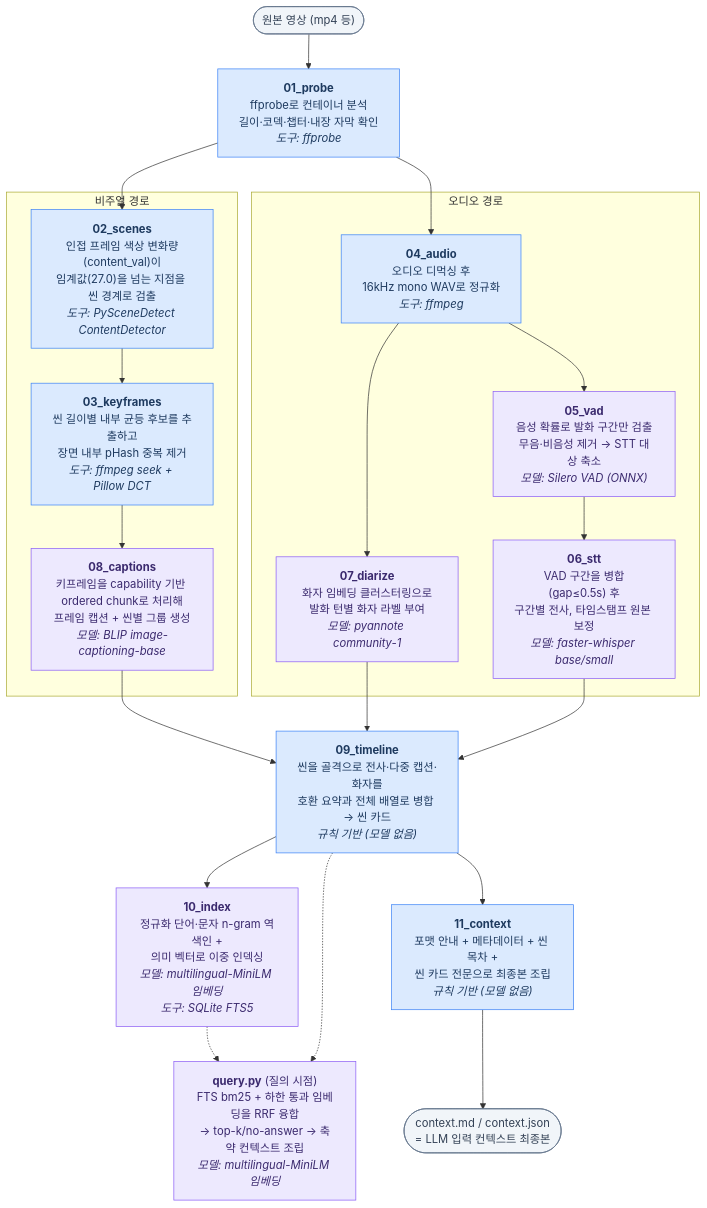
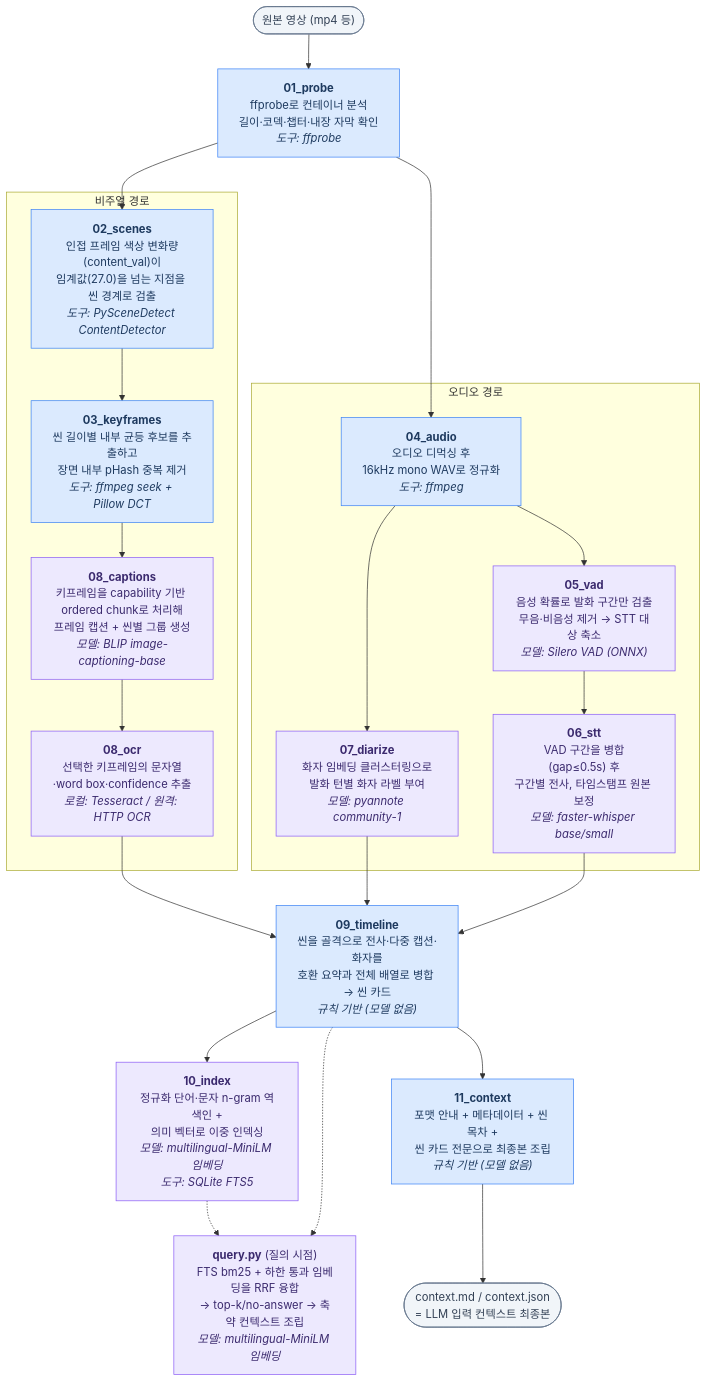
Before and after one commit to haesookimDev/video-preprocess: the diagram in docs/05-pipeline.md, drawn with Mermaid. The commit also changed other lines of this file and 8 other files, not shown here.

First line of the commit message:
docs: document optional OCR architecture

````diff
--- a/docs/05-pipeline.md
+++ b/docs/05-pipeline.md
@@ -6,51 +6,52 @@
 ```mermaid
 flowchart TD
     V(["원본 영상 (mp4 등)"]) --> S01
 
     S01["<b>01_probe</b><br/>ffprobe로 컨테이너 분석<br/>길이·코덱·챕터·내장 자막 확인<br/><i>도구: ffprobe</i>"]
 
     S01 --> S02
     S01 --> S04
 
     subgraph VIDEO ["비주얼 경로"]
         S02["<b>02_scenes</b><br/>인접 프레임 색상 변화량(content_val)이<br/>임계값(27.0)을 넘는 지점을 씬 경계로 검출<br/><i>도구: PySceneDetect ContentDetector</i>"]
         S03["<b>03_keyframes</b><br/>씬 길이별 내부 균등 후보를 추출하고<br/>장면 내부 pHash 중복 제거<br/><i>도구: ffmpeg seek + Pillow DCT</i>"]
         S08["<b>08_captions</b><br/>키프레임을 capability 기반 ordered chunk로 처리해<br/>프레임 캡션 + 씬별 그룹 생성<br/><i>모델: BLIP image-captioning-base</i>"]
-        S02 --> S03 --> S08
+        S08O["<b>08_ocr</b><br/>선택한 키프레임의 문자열·word box·confidence 추출<br/><i>로컬: Tesseract / 원격: HTTP OCR</i>"]
+        S02 --> S03 --> S08 --> S08O
     end
 
     subgraph AUDIO ["오디오 경로"]
         S04["<b>04_audio</b><br/>오디오 디먹싱 후<br/>16kHz mono WAV로 정규화<br/><i>도구: ffmpeg</i>"]
         S05["<b>05_vad</b><br/>음성 확률로 발화 구간만 검출<br/>무음·비음성 제거 → STT 대상 축소<br/><i>모델: Silero VAD (ONNX)</i>"]
         S06["<b>06_stt</b><br/>VAD 구간을 병합(gap≤0.5s) 후<br/>구간별 전사, 타임스탬프 원본 보정<br/><i>모델: faster-whisper base/small</i>"]
         S07["<b>07_diarize</b><br/>화자 임베딩 클러스터링으로<br/>발화 턴별 화자 라벨 부여<br/><i>모델: pyannote community-1</i>"]
         S04 --> S05 --> S06
         S04 --> S07
     end
 
-    S08 --> S09
+    S08O --> S09
     S07 --> S09
     S06 --> S09
 
     S09["<b>09_timeline</b><br/>씬을 골격으로 전사·다중 캡션·화자를<br/>호환 요약과 전체 배열로 병합 → 씬 카드<br/><i>규칙 기반 (모델 없음)</i>"]
 
     S09 --> S10
     S09 --> S11
 
     S10["<b>10_index</b><br/>정규화 단어·문자 n-gram 역색인 +<br/>의미 벡터로 이중 인덱싱<br/><i>모델: multilingual-MiniLM 임베딩<br/>도구: SQLite FTS5</i>"]
 
     S11["<b>11_context</b><br/>포맷 안내 + 메타데이터 + 씬 목차 +<br/>씬 카드 전문으로 최종본 조립<br/><i>규칙 기반 (모델 없음)</i>"]
 
     S11 --> OUT(["context.md / context.json<br/>= LLM 입력 컨텍스트 최종본"])
 
     S10 -.-> Q
     S09 -.-> Q
     Q["<b>query.py</b> (질의 시점)<br/>FTS bm25 + 하한 통과 임베딩을 RRF 융합<br/>→ top-k/no-answer → 축약 컨텍스트 조립<br/><i>모델: multilingual-MiniLM 임베딩</i>"]
 
     classDef rule fill:#dbeafe,stroke:#3b82f6,color:#1e3a5f
     classDef ml fill:#ede9fe,stroke:#8b5cf6,color:#3b2a6e
     classDef io fill:#f1f5f9,stroke:#64748b,color:#334155
     class S01,S02,S03,S04,S09,S11 rule
-    class S05,S06,S07,S08,S10,Q ml
+    class S05,S06,S07,S08,S08O,S10,Q ml
     class V,OUT io
 ```
````
